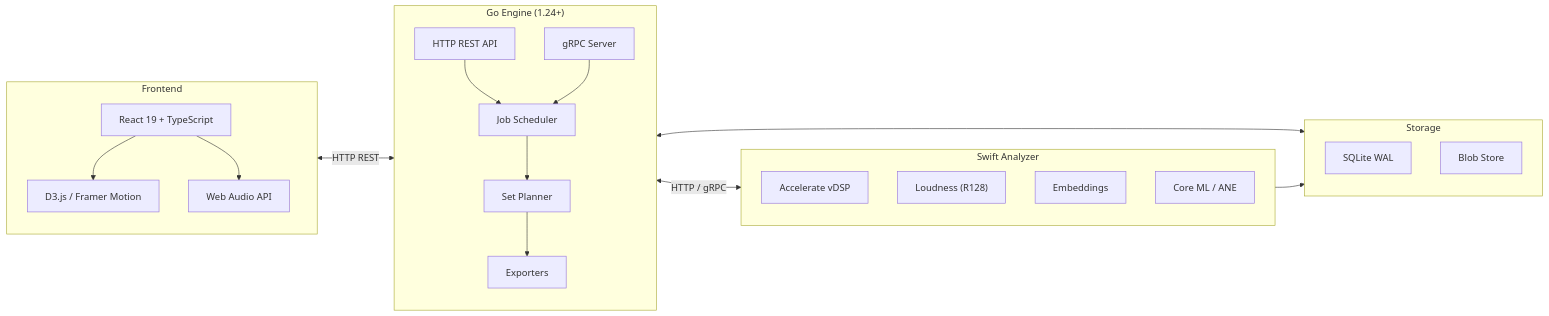
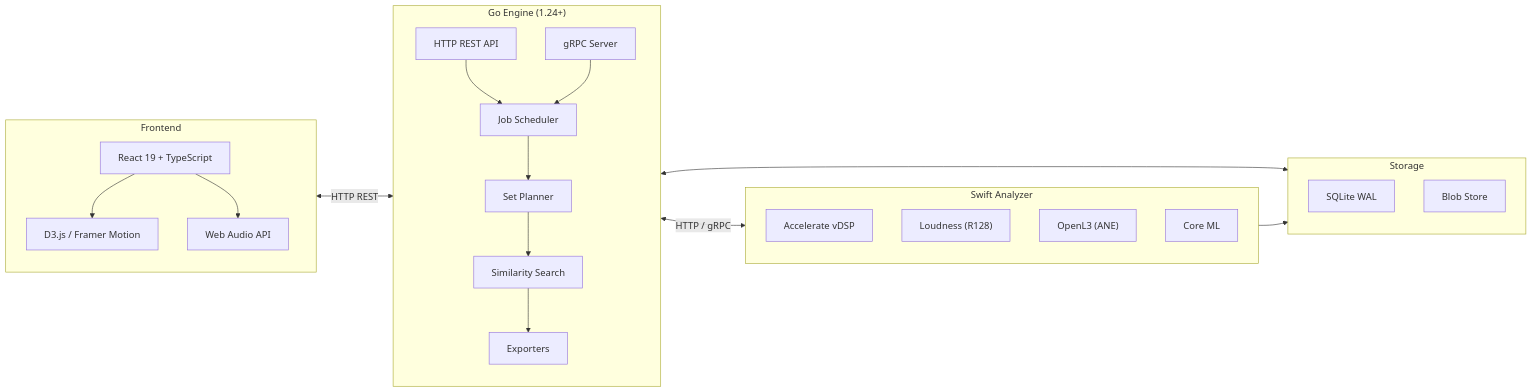
One commit to ParkWardRR/cartomix-Web-Based-DJ-Copilot changed the diagram in README.md. Above: the diagram before and after it, drawn with Mermaid. The commit also changed other lines of this file and 4 other files, not shown here.

First line of the commit message:
feat: OpenL3 similarity search API with explainable results

````diff
--- a/README.md
+++ b/README.md
@@ -211,42 +469,43 @@
 ```mermaid
 flowchart LR
     subgraph UI["Frontend"]
       direction TB
       REACT["React 19 + TypeScript"]
       VIZ["D3.js / Framer Motion"]
       AUDIO["Web Audio API"]
       REACT --> VIZ
       REACT --> AUDIO
     end
 
     subgraph ENGINE["Go Engine (1.24+)"]
       direction TB
       HTTP["HTTP REST API"]
       GRPC["gRPC Server"]
       SCHED["Job Scheduler"]
       PLAN["Set Planner"]
+      SIM["Similarity Search"]
       EXPORT["Exporters"]
       HTTP --> SCHED
       GRPC --> SCHED
-      SCHED --> PLAN --> EXPORT
+      SCHED --> PLAN --> SIM --> EXPORT
     end
 
     subgraph ANALYZER["Swift Analyzer"]
       direction TB
       DSP["Accelerate vDSP"]
       LOUD["Loudness (R128)"]
-      EMBED["Embeddings"]
-      ANE["Core ML / ANE"]
+      EMBED["OpenL3 (ANE)"]
+      ANE["Core ML"]
     end
 
     subgraph DATA["Storage"]
       direction TB
       DB["SQLite WAL"]
       BLOBS["Blob Store"]
     end
 
     UI <-->|"HTTP REST"| ENGINE
     ENGINE <-->|"HTTP / gRPC"| ANALYZER
     ENGINE <--> DATA
     ANALYZER --> DATA
 ```
````
